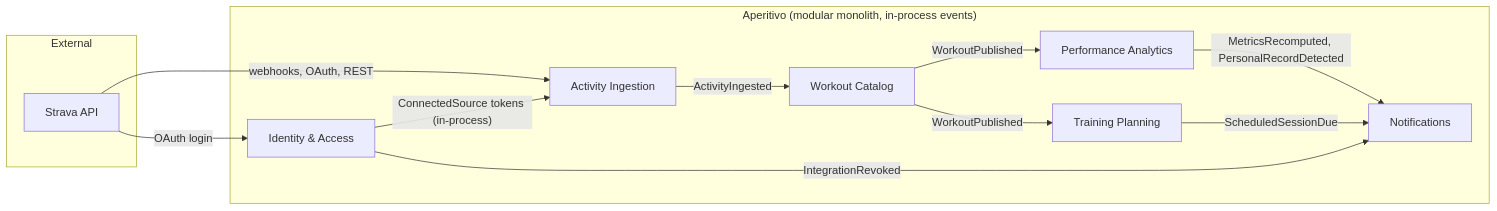
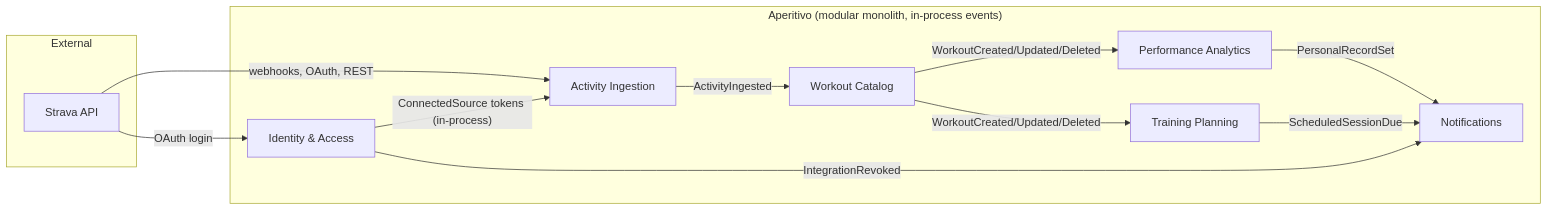
Before and after one commit to PrimaryInspection2/aperitivo: the diagram in docs/architecture/bounded-contexts.md, drawn with Mermaid. The commit also changed other lines of this file and 8 other files, not shown here.

````diff
--- a/docs/architecture/bounded-contexts.md
+++ b/docs/architecture/bounded-contexts.md
@@ -11,25 +11,25 @@
 ```mermaid
 flowchart LR
     subgraph External
         Strava[Strava API]
     end
 
     subgraph Aperitivo["Aperitivo (modular monolith, in-process events)"]
         IAM[Identity & Access]
         ING[Activity Ingestion]
         CAT[Workout Catalog]
         ANA[Performance Analytics]
         PLAN[Training Planning]
         NOTIF[Notifications]
     end
 
     Strava -- webhooks, OAuth, REST --> ING
     Strava -- OAuth login --> IAM
     IAM -- ConnectedSource tokens (in-process) --> ING
     ING -- ActivityIngested --> CAT
-    CAT -- WorkoutPublished --> ANA
-    CAT -- WorkoutPublished --> PLAN
-    ANA -- MetricsRecomputed, PersonalRecordDetected --> NOTIF
+    CAT -- WorkoutCreated/Updated/Deleted --> ANA
+    CAT -- WorkoutCreated/Updated/Deleted --> PLAN
+    ANA -- PersonalRecordSet --> NOTIF
     IAM -- IntegrationRevoked --> NOTIF
     PLAN -- ScheduledSessionDue --> NOTIF
 ```
````
